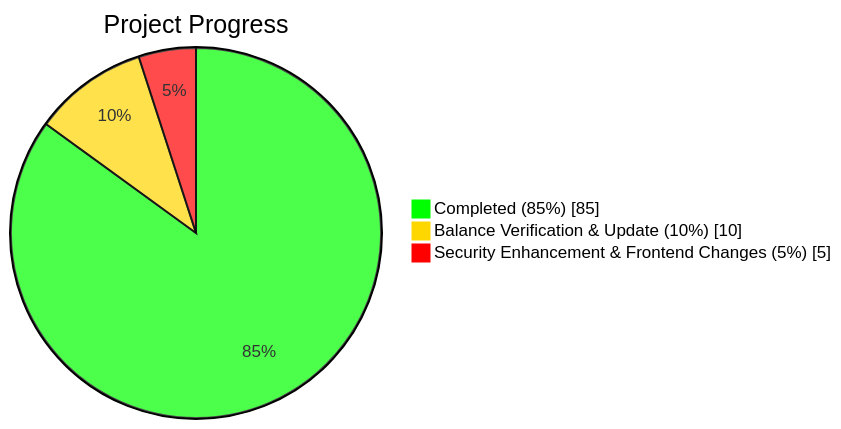
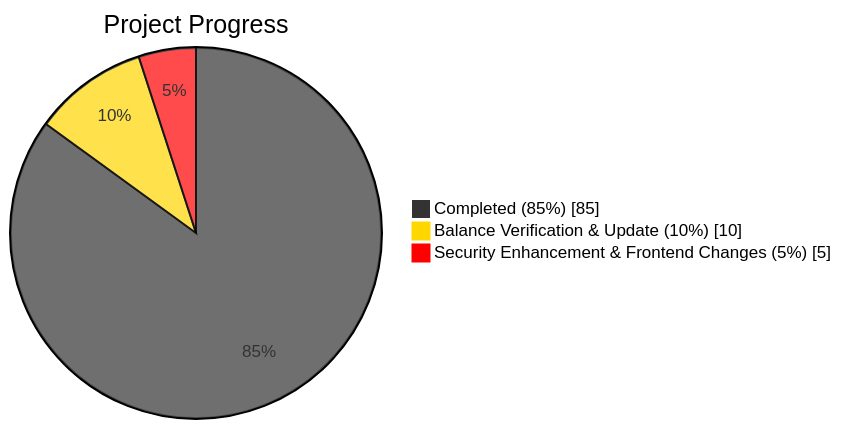
Before and after one commit to anm1234/IS-436-System-Structure-and-Analysis: the diagram in README.md, drawn with Mermaid.

````diff
--- a/README.md
+++ b/README.md
@@ -66,8 +66,8 @@
 ```mermaid
-%%{init: {'themeVariables': { 'pie1': '#00FF00', 'pie2': '#FFD700', 'pie3': '#FF0000'}}}%%
+%%{init: {'themeVariables': { 'pie1': '#blue', 'pie2': '#FFD700', 'pie3': '#FF0000'}}}%%
 pie showData
     title Project Progress
     "Completed (85%)" : 85
     "Balance Verification & Update (10%)" : 10
     "Security Enhancement & Frontend Changes (5%)" : 5
 ```
````
